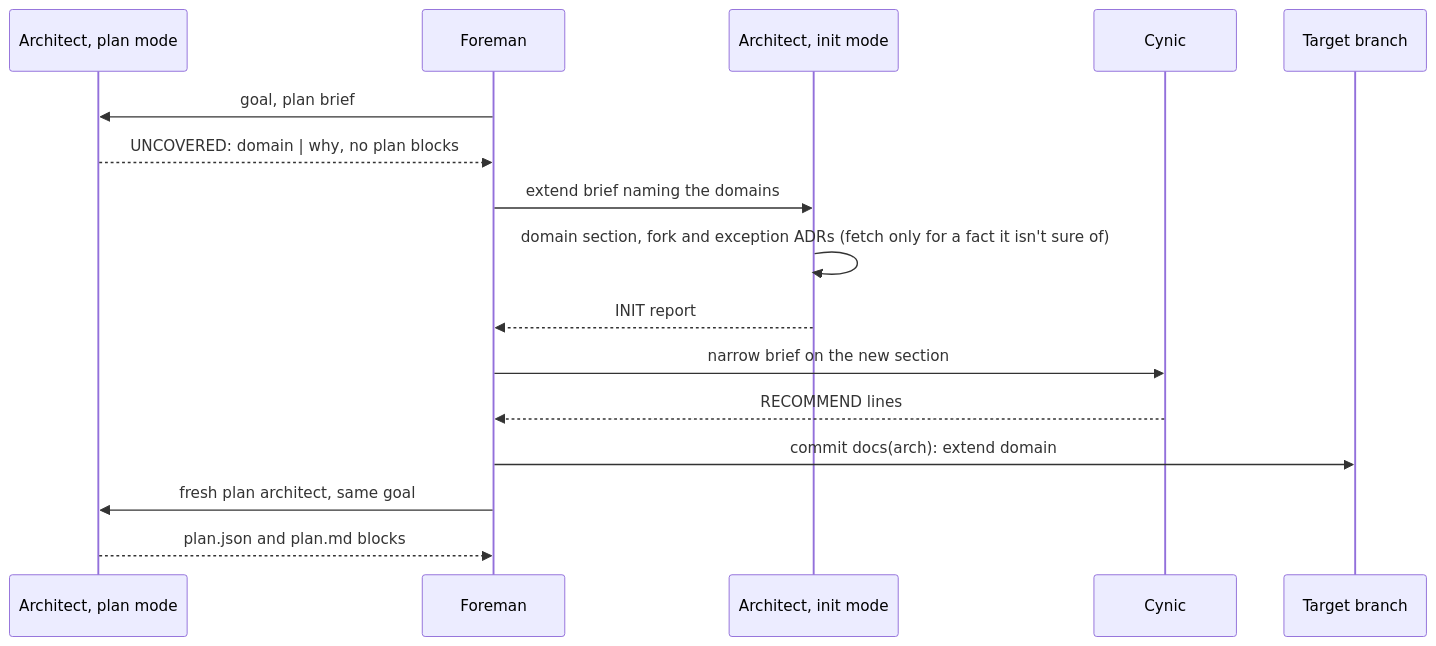
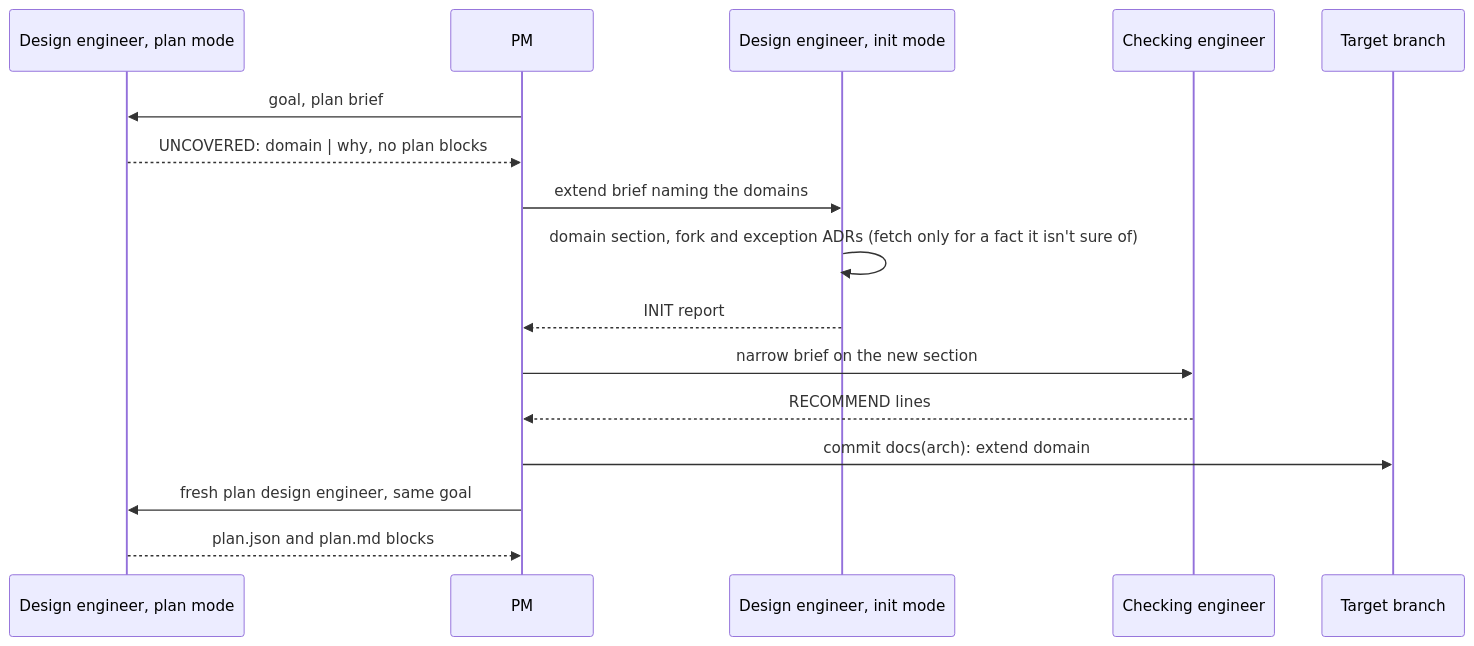
The fourth of 16 diagrams in docs/architecture.md (AbhiramDwivedi/truss), drawn with Mermaid before and after one commit. The commit also changed other lines of this file and 61 other files, not shown here.

````diff
--- a/docs/architecture.md
+++ b/docs/architecture.md
@@ -146,18 +146,18 @@
 ```mermaid
 sequenceDiagram
-  participant P as Architect, plan mode
-  participant F as Foreman
-  participant A as Architect, init mode
-  participant C as Cynic
+  participant P as Design engineer, plan mode
+  participant F as PM
+  participant A as Design engineer, init mode
+  participant C as Checking engineer
   participant T as Target branch
   F->>P: goal, plan brief
   P-->>F: UNCOVERED: domain | why, no plan blocks
   F->>A: extend brief naming the domains
   A->>A: domain section, fork and exception ADRs (fetch only for a fact it isn't sure of)
   A-->>F: INIT report
   F->>C: narrow brief on the new section
   C-->>F: RECOMMEND lines
   F->>T: commit docs(arch): extend domain
-  F->>P: fresh plan architect, same goal
+  F->>P: fresh plan design engineer, same goal
   P-->>F: plan.json and plan.md blocks
 ```
````
